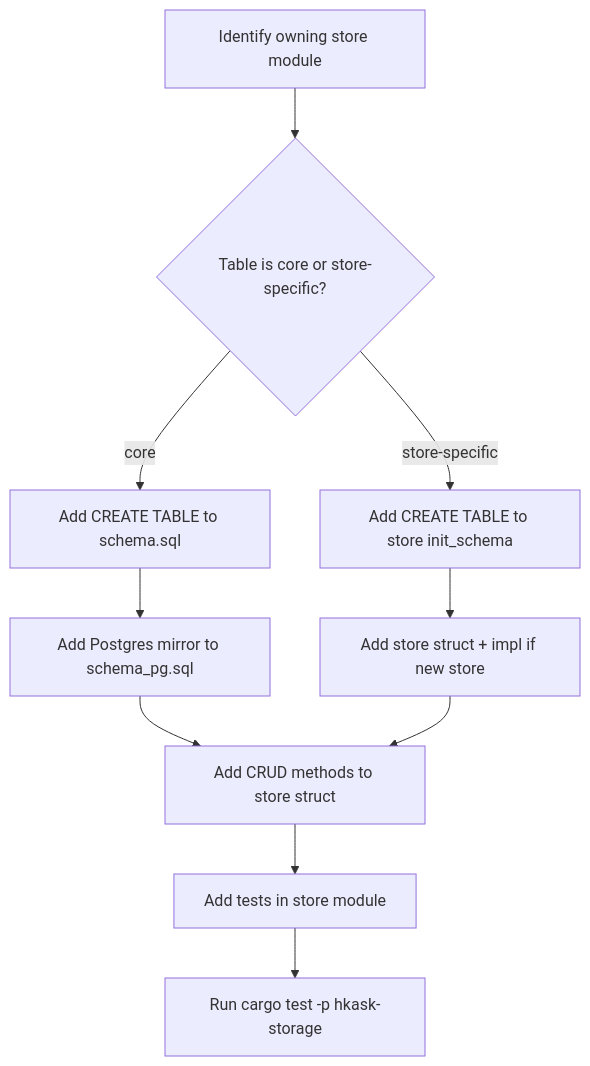
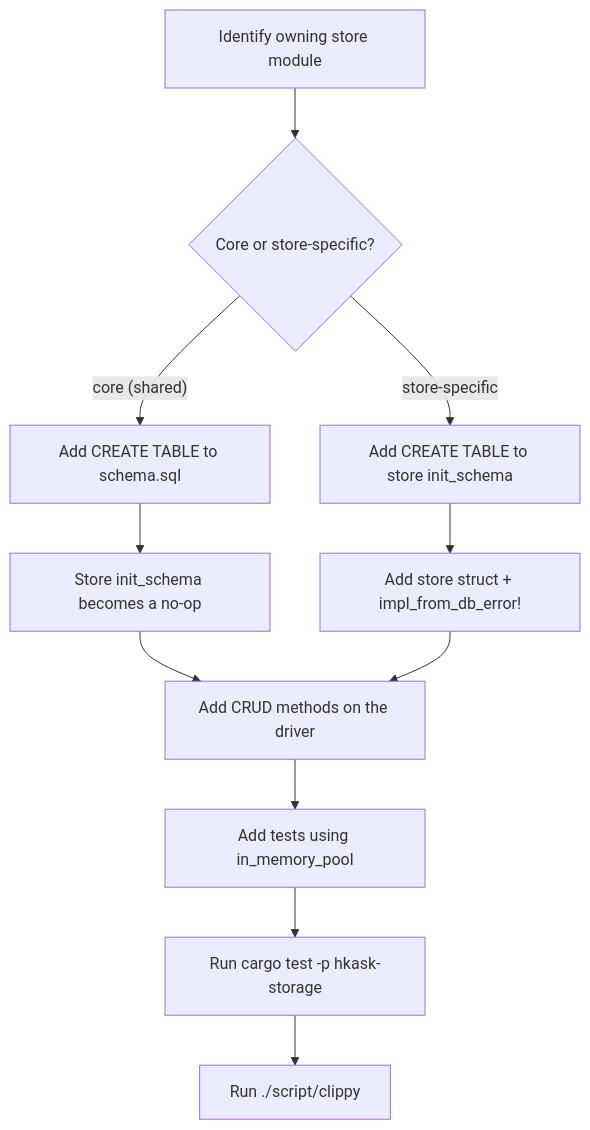
The diagram in kask/docs/diataxis/hkask-storage/how-to.md (mdz-axo/zed-kask), drawn with Mermaid before and after one commit. The commit also changed other lines of this file and 41 other files, not shown here.

````diff
--- a/kask/docs/diataxis/hkask-storage/how-to.md
+++ b/kask/docs/diataxis/hkask-storage/how-to.md
@@ -33,12 +47,13 @@
 ```mermaid
 flowchart TD
-    A[Identify owning store module] --> B{Table is core or store-specific?}
-    B -- core --> C[Add CREATE TABLE to schema.sql]
-    B -- store-specific --> D[Add CREATE TABLE to store init_schema]
-    C --> E[Add Postgres mirror to schema_pg.sql]
-    D --> F[Add store struct + impl if new store]
-    E --> G[Add CRUD methods to store struct]
+    A["Identify owning store module"] --> B{"Core or store-specific?"}
+    B -- "core (shared)" --> C["Add CREATE TABLE to schema.sql"]
+    B -- "store-specific" --> D["Add CREATE TABLE to store init_schema"]
+    C --> E["Store init_schema becomes a no-op"]
+    D --> F["Add store struct + impl_from_db_error!"]
+    E --> G["Add CRUD methods on the driver"]
     F --> G
-    G --> H[Add tests in store module]
-    H --> I[Run cargo test -p hkask-storage]
+    G --> H["Add tests using in_memory_pool"]
+    H --> I["Run cargo test -p hkask-storage"]
+    I --> J["Run ./script/clippy"]
 ```
````
